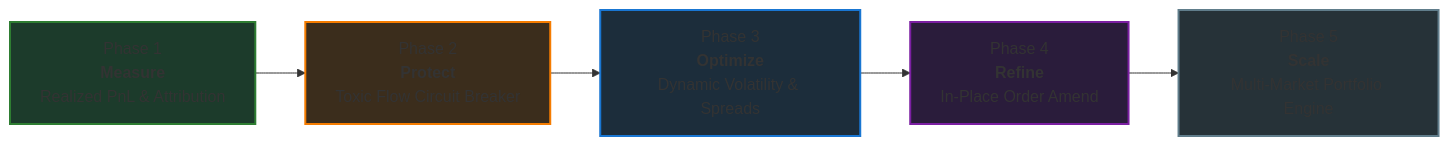
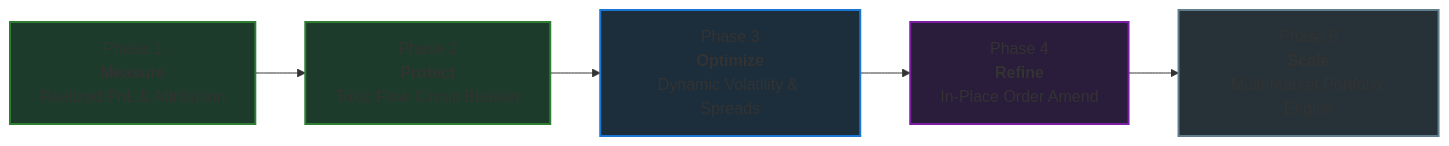
The diagram in docs/FEATURE_ROADMAP.md (kel-reid/Kalshi-Trading-Bot), drawn with Mermaid before and after one commit. The commit also changed other lines of this file and 3 other files, not shown here.

````diff
--- a/docs/FEATURE_ROADMAP.md
+++ b/docs/FEATURE_ROADMAP.md
@@ -17,13 +17,13 @@
 ```mermaid
 graph LR
     P1["Phase 1<br/><b>Measure</b><br/>Realized PnL & Attribution"] --> P2["Phase 2<br/><b>Protect</b><br/>Toxic Flow Circuit Breaker"]
     P2 --> P3["Phase 3<br/><b>Optimize</b><br/>Dynamic Volatility & Spreads"]
     P3 --> P4["Phase 4<br/><b>Refine</b><br/>In-Place Order Amend"]
     P4 --> P5["Phase 5<br/><b>Scale</b><br/>Multi-Market Portfolio Engine"]
 
     style P1 fill:#1c3b2b,stroke:#2e7d32,stroke-width:2px;
-    style P2 fill:#3b2d1c,stroke:#f57c00,stroke-width:2px;
+    style P2 fill:#1c3b2b,stroke:#2e7d32,stroke-width:2px;
     style P3 fill:#1c2d3b,stroke:#1976d2,stroke-width:2px;
     style P4 fill:#2a1c3b,stroke:#7b1fa2,stroke-width:2px;
     style P5 fill:#263238,stroke:#607d8b,stroke-width:2px;
 ```
````
